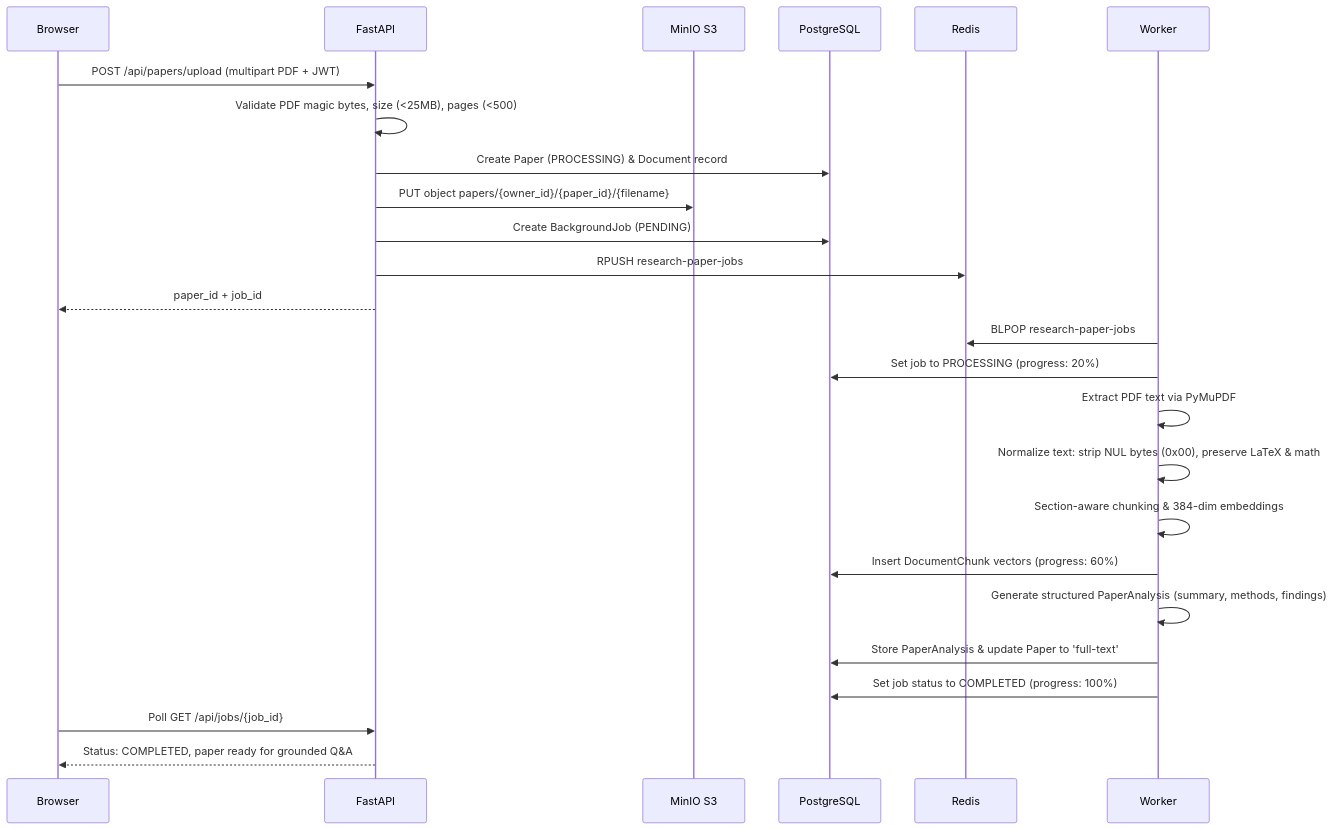
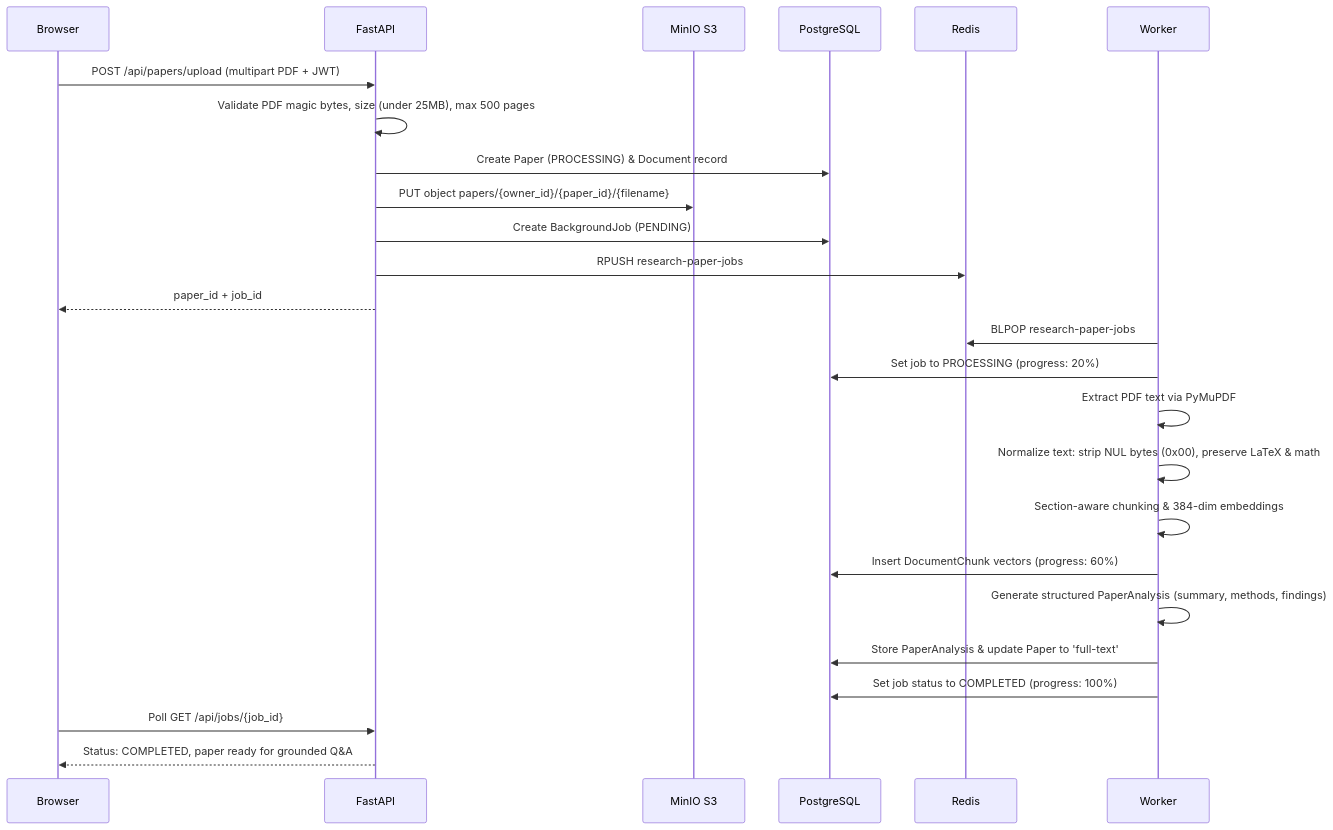
The fourth of 6 diagrams in Final_Architecture.md (pravashsingh775/AI-Research-Paper-Assistant), drawn with Mermaid before and after one commit.

Commit message:
docs: ensure sequence diagram text contains no raw HTML angle brackets

````diff
--- a/Final_Architecture.md
+++ b/Final_Architecture.md
@@ -83,27 +83,27 @@
 ```mermaid
 sequenceDiagram
     participant B as Browser
     participant A as FastAPI
     participant M as MinIO S3
     participant P as PostgreSQL
     participant R as Redis
     participant W as Worker
     B->>A: POST /api/papers/upload (multipart PDF + JWT)
-    A->>A: Validate PDF magic bytes, size (<25MB), pages (<500)
+    A->>A: Validate PDF magic bytes, size (under 25MB), max 500 pages
     A->>P: Create Paper (PROCESSING) & Document record
     A->>M: PUT object papers/{owner_id}/{paper_id}/{filename}
     A->>P: Create BackgroundJob (PENDING)
     A->>R: RPUSH research-paper-jobs
     A-->>B: paper_id + job_id
     W->>R: BLPOP research-paper-jobs
     W->>P: Set job to PROCESSING (progress: 20%)
     W->>W: Extract PDF text via PyMuPDF
     W->>W: Normalize text: strip NUL bytes (0x00), preserve LaTeX & math
     W->>W: Section-aware chunking & 384-dim embeddings
     W->>P: Insert DocumentChunk vectors (progress: 60%)
     W->>W: Generate structured PaperAnalysis (summary, methods, findings)
     W->>P: Store PaperAnalysis & update Paper to 'full-text'
     W->>P: Set job status to COMPLETED (progress: 100%)
     B->>A: Poll GET /api/jobs/{job_id}
     A-->>B: Status: COMPLETED, paper ready for grounded Q&A
 ```
````
